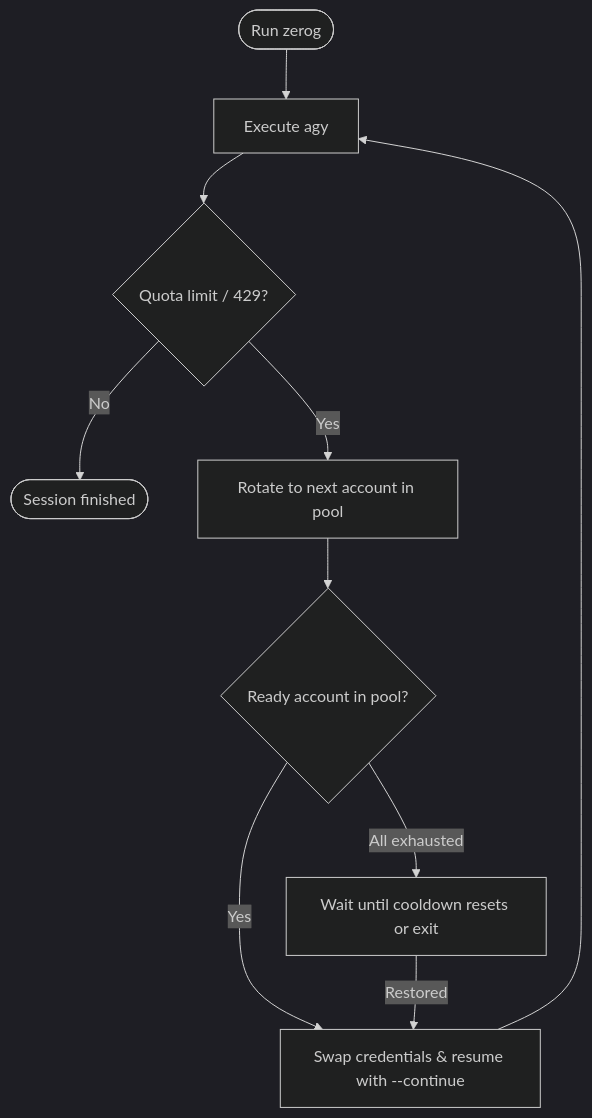
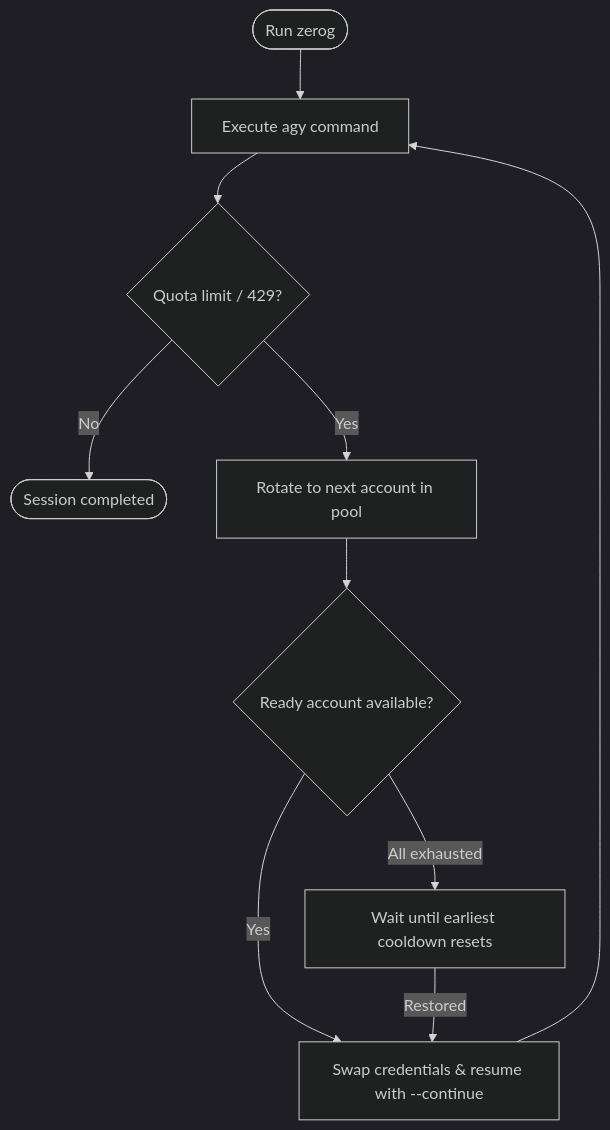
One commit to adalenv/zerog changed the diagram in README.md. Above: the diagram before and after it, drawn with Mermaid (dark theme). The commit also changed other lines of this file and 2 other files, not shown here.

````diff
--- a/README.md
+++ b/README.md
@@ -13,12 +16,12 @@
 ```mermaid
 flowchart TD
-    Run([Run zerog]) --> Exec[Execute agy]
+    Run([Run zerog]) --> Exec[Execute agy command]
     Exec --> Check{Quota limit / 429?}
-    Check -->|No| Done([Session finished])
+    Check -->|No| Done([Session completed])
     Check -->|Yes| Switch[Rotate to next account in pool]
-    Switch --> Available{Ready account in pool?}
+    Switch --> Available{Ready account available?}
     Available -->|Yes| Resume["Swap credentials & resume with --continue"]
     Resume --> Exec
-    Available -->|All exhausted| Wait[Wait until cooldown resets or exit]
+    Available -->|All exhausted| Wait[Wait until earliest cooldown resets]
     Wait -->|Restored| Resume
 ```
````
